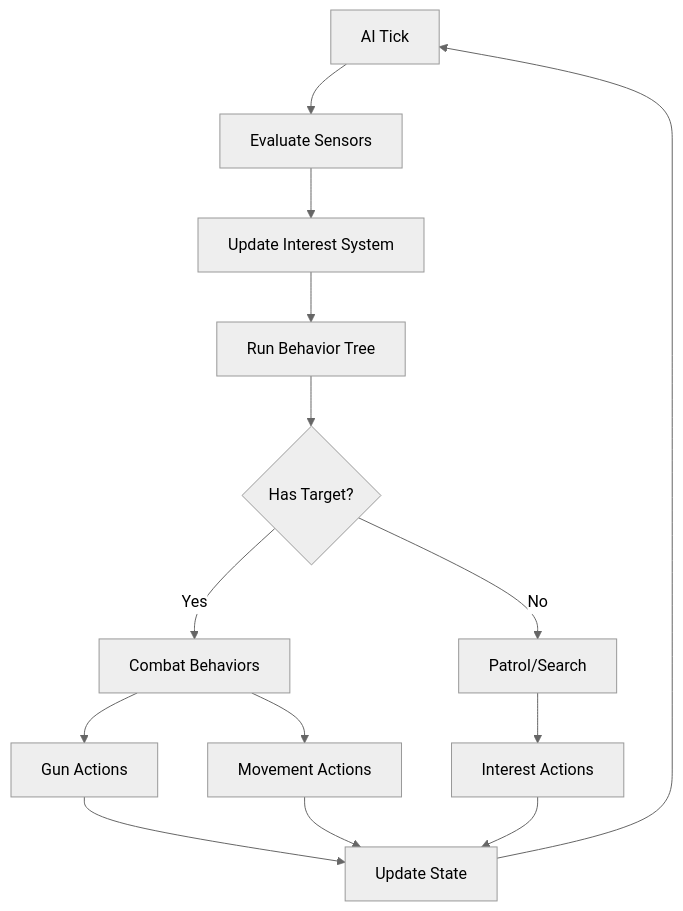
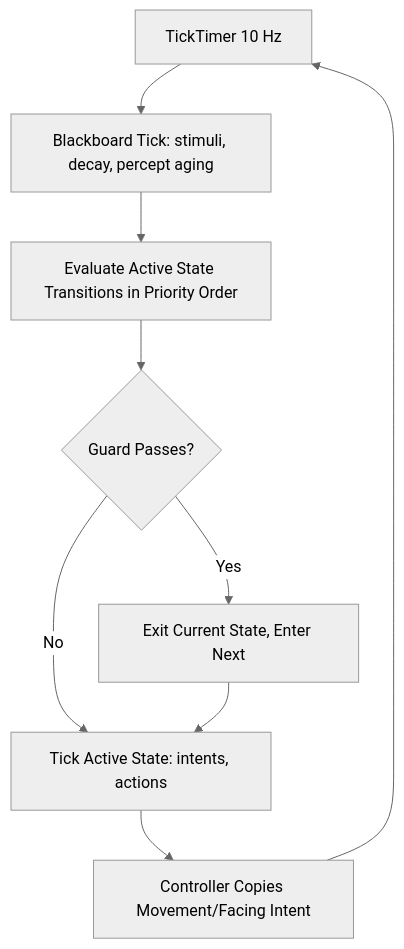
Before and after one commit to Mooses2k/SecretHistories: the third of 4 diagrams in ARCHITECTURE.md, drawn with Mermaid (neutral theme). The commit also changed other lines of this file, not shown here.

Commit message:
Update ARCHITECTURE.md against the current code

````diff
--- a/ARCHITECTURE.md
+++ b/ARCHITECTURE.md
@@ -354,16 +356,11 @@
 ```mermaid
 graph TD
-    A[AI Tick] --> B[Evaluate Sensors]
-    B --> C[Update Interest System]
-    C --> D[Run Behavior Tree]
-    D --> E{Has Target?}
-    E -->|Yes| F[Combat Behaviors]
-    E -->|No| G[Patrol/Search]
-    F --> H[Gun Actions]
-    F --> I[Movement Actions]
-    G --> J[Interest Actions]
-    H --> K[Update State]
-    I --> K
-    J --> K
-    K --> A
+    A[TickTimer 10 Hz] --> B[Blackboard Tick: stimuli, decay, percept aging]
+    B --> C[Evaluate Active State Transitions in Priority Order]
+    C --> D{Guard Passes?}
+    D -->|Yes| E[Exit Current State, Enter Next]
+    D -->|No| F[Tick Active State: intents, actions]
+    E --> F
+    F --> G[Controller Copies Movement/Facing Intent]
+    G --> A
 ```
````
